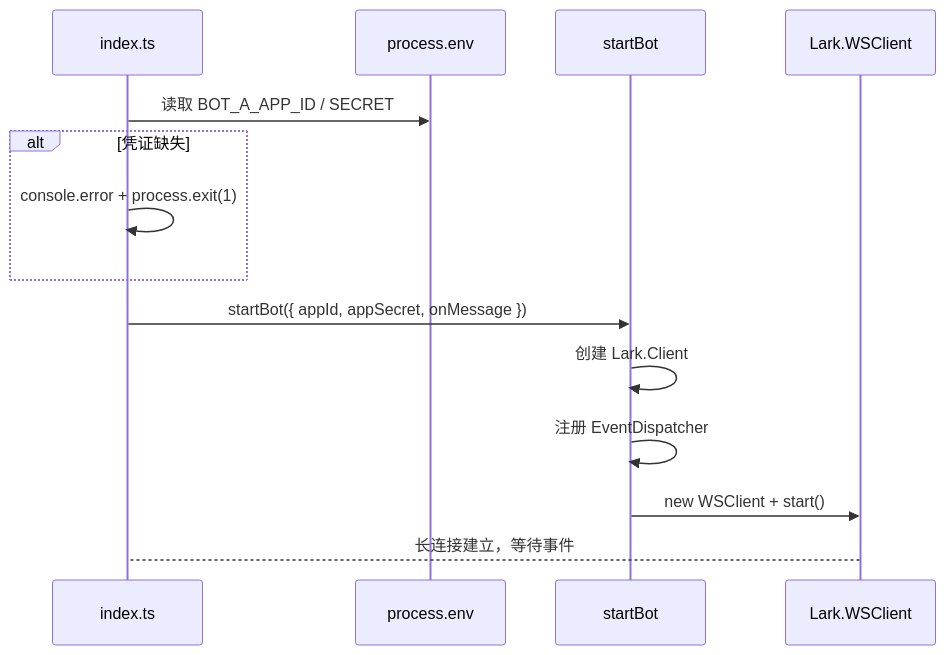
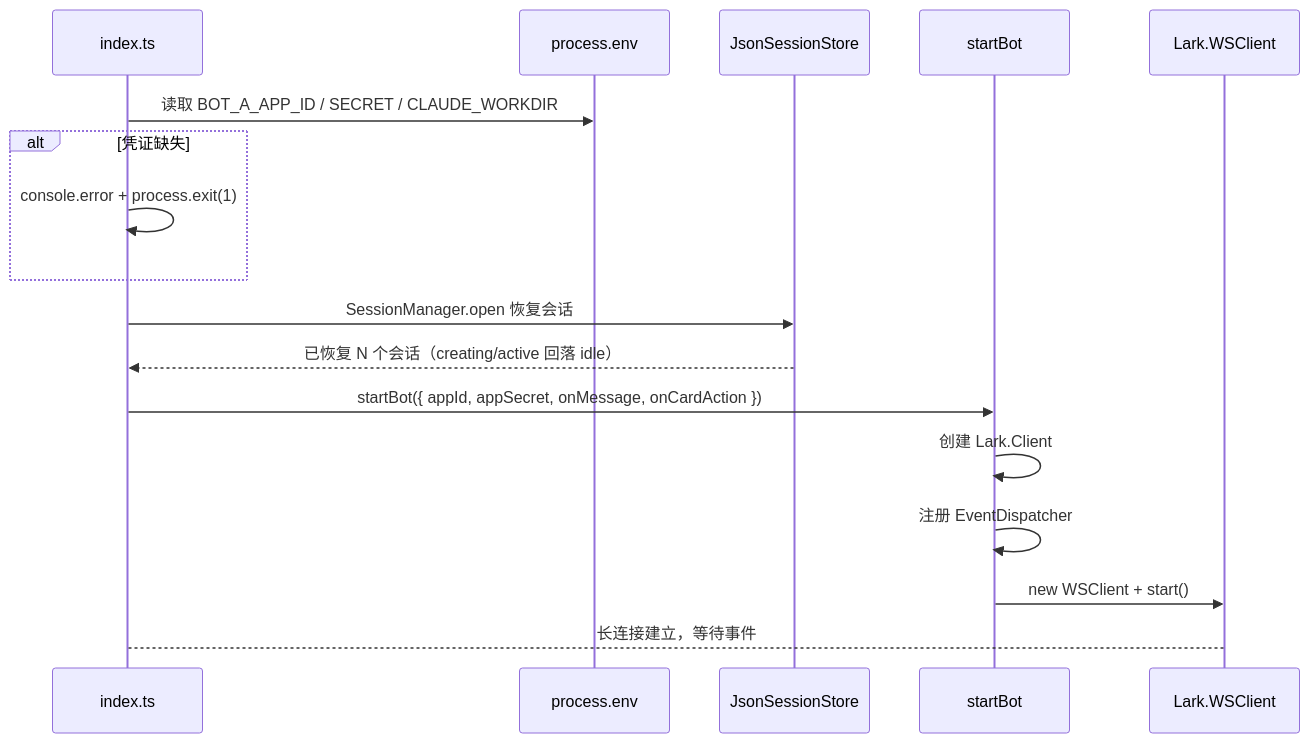
The second of 2 diagrams in openwiki/architecture/overview.md (CerrorJ/Agent-Team), drawn with Mermaid before and after one commit. The commit also changed other lines of this file and 12 other files, not shown here.

````diff
--- a/openwiki/architecture/overview.md
+++ b/openwiki/architecture/overview.md
@@ -89,17 +112,20 @@
 ```mermaid
 sequenceDiagram
     participant Entry as index.ts
     participant Env as process.env
+    participant Store as JsonSessionStore
     participant Bot as startBot
     participant WS as Lark.WSClient
 
-    Entry->>Env: 读取 BOT_A_APP_ID / SECRET
+    Entry->>Env: 读取 BOT_A_APP_ID / SECRET / CLAUDE_WORKDIR
     alt 凭证缺失
         Entry->>Entry: console.error + process.exit(1)
     end
-    Entry->>Bot: startBot({ appId, appSecret, onMessage })
+    Entry->>Store: SessionManager.open 恢复会话
+    Store-->>Entry: 已恢复 N 个会话（creating/active 回落 idle）
+    Entry->>Bot: startBot({ appId, appSecret, onMessage, onCardAction })
     Bot->>Bot: 创建 Lark.Client
     Bot->>Bot: 注册 EventDispatcher
     Bot->>WS: new WSClient + start()
     WS-->Entry: 长连接建立，等待事件
 ```
````
